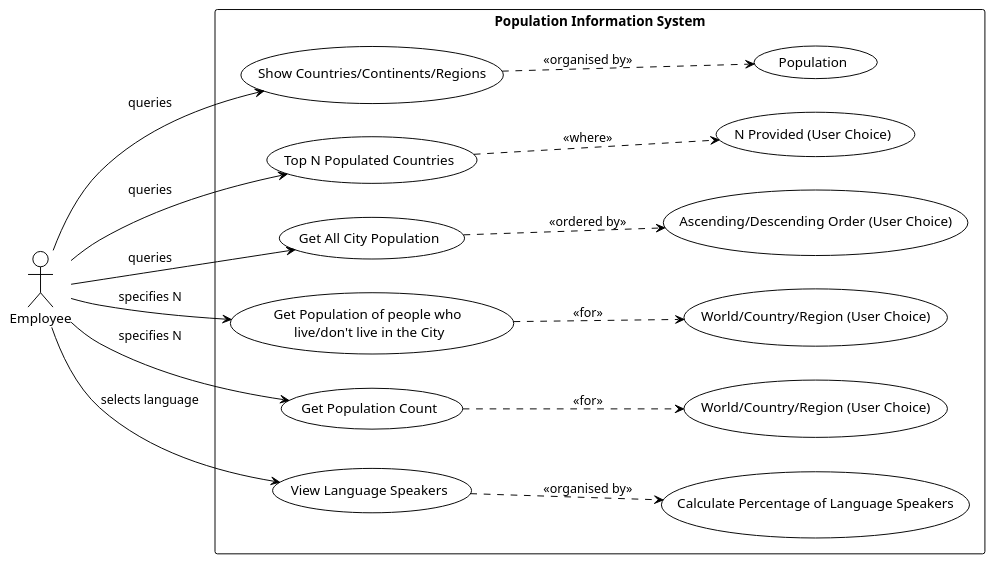
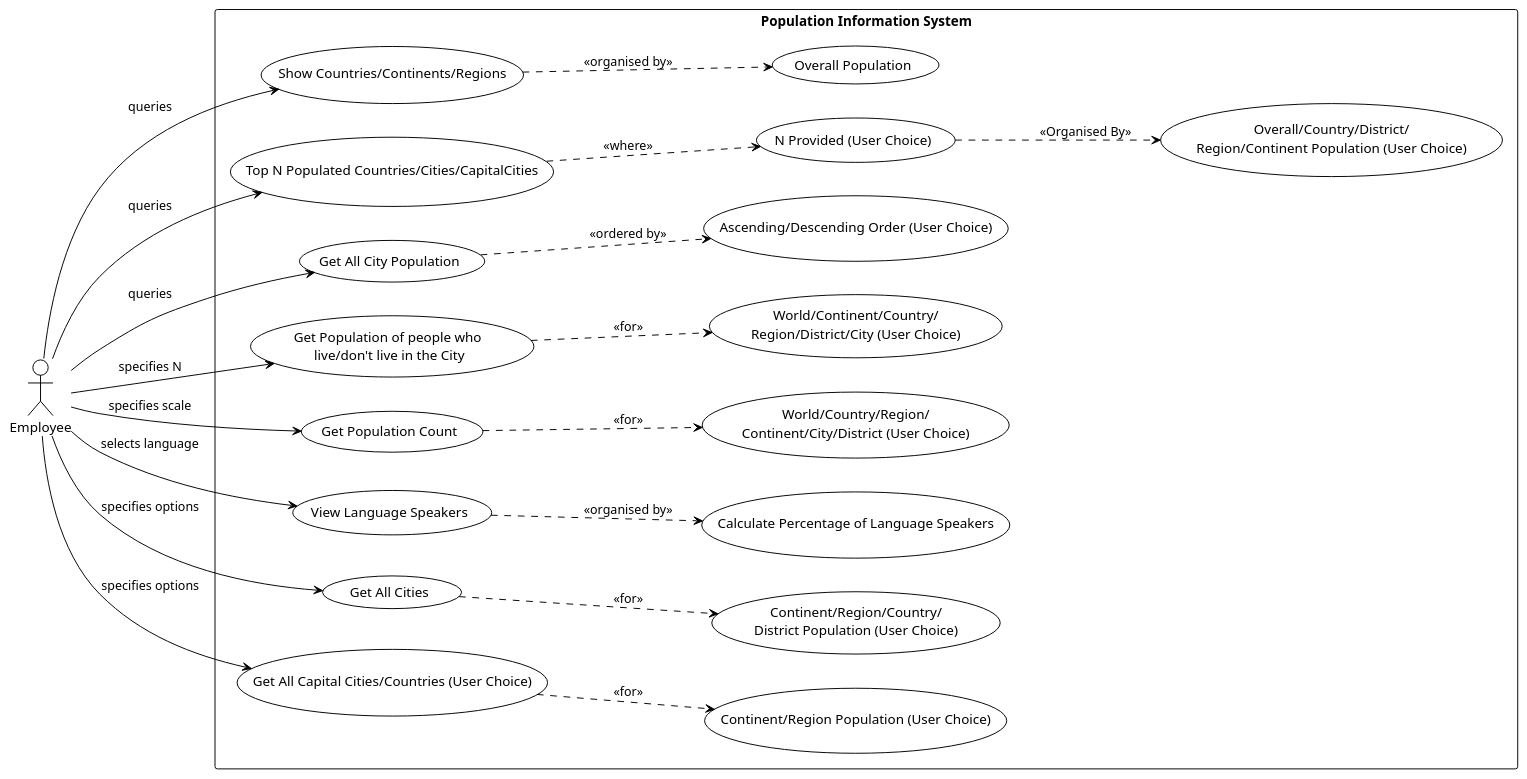
The diagram in usecasediagram.puml (rereversed/set08103-Group4), drawn with PlantUML before and after one commit.

```diff
--- a/usecasediagram.puml
+++ b/usecasediagram.puml
@@ -2,41 +2,54 @@
 @startuml
 !theme plain
 
 left to right direction
 actor Employee as e
 
 rectangle "Population Information System" {
 
   usecase "Show Countries/Continents/Regions" as UC1
-  usecase "Top N Populated Countries" as UC2
+  usecase "Top N Populated Countries/Cities/CapitalCities" as UC2
   usecase "Get All City Population" as UC3
   usecase "Get Population of people who \nlive/don't live in the City" as UC4
   usecase "Get Population Count" as UC5
   usecase "View Language Speakers" as UC6
+  usecase "Get All Cities" as UC7
+  usecase "Get All Capital Cities/Countries (User Choice)" as UC8
 
-  usecase "Population" as UCa
+
+  usecase "Overall Population" as UCa
   usecase "N Provided (User Choice)" as UCb
+  usecase "Overall/Country/District/\nRegion/Continent Population (User Choice)" as UCb2
   usecase "Ascending/Descending Order (User Choice)" as UCc
-  usecase "World/Country/Region (User Choice)" as UCd
-  usecase "World/Country/Region (User Choice)" as UCe
+  usecase "World/Continent/Country/\nRegion/District/City (User Choice)" as UCd
+  usecase "World/Country/Region/\nContinent/City/District (User Choice)" as UCe
   usecase "Calculate Percentage of Language Speakers" as UCf
+  usecase "Continent/Region/Country/\nDistrict Population (User Choice)" as UCg
+  usecase "Continent/Region Population (User Choice)" as UCh
 
 
   UC1 ..> UCa : "<<organised by>>"
   UC2 ..> UCb : "<<where>>"
   UC3 ..> UCc : "<<ordered by>>"
   UC4 ..> UCd : "<<for>>"
   UC5 ..> UCe : "<<for>>"
   UC6 ..> UCf : "<<organised by>>"
+  UC7 ..> UCg : "<<for>>"
+  UC8 ..> UCh : "<<for>>"
+
+
+  UCb ..> UCb2 : "<<Organised By>>"
 
 }
 
 e --> UC1 : "queries"
 e --> UC2 : "queries"
 e --> UC3 : "queries"
 e --> UC4 : "specifies N"
-e --> UC5 : "specifies N"
+e --> UC5 : "specifies scale"
 e --> UC6 : "selects language"
+e --> UC7 : "specifies options"
+e --> UC8 : "specifies options"
 
 
 @enduml
```
